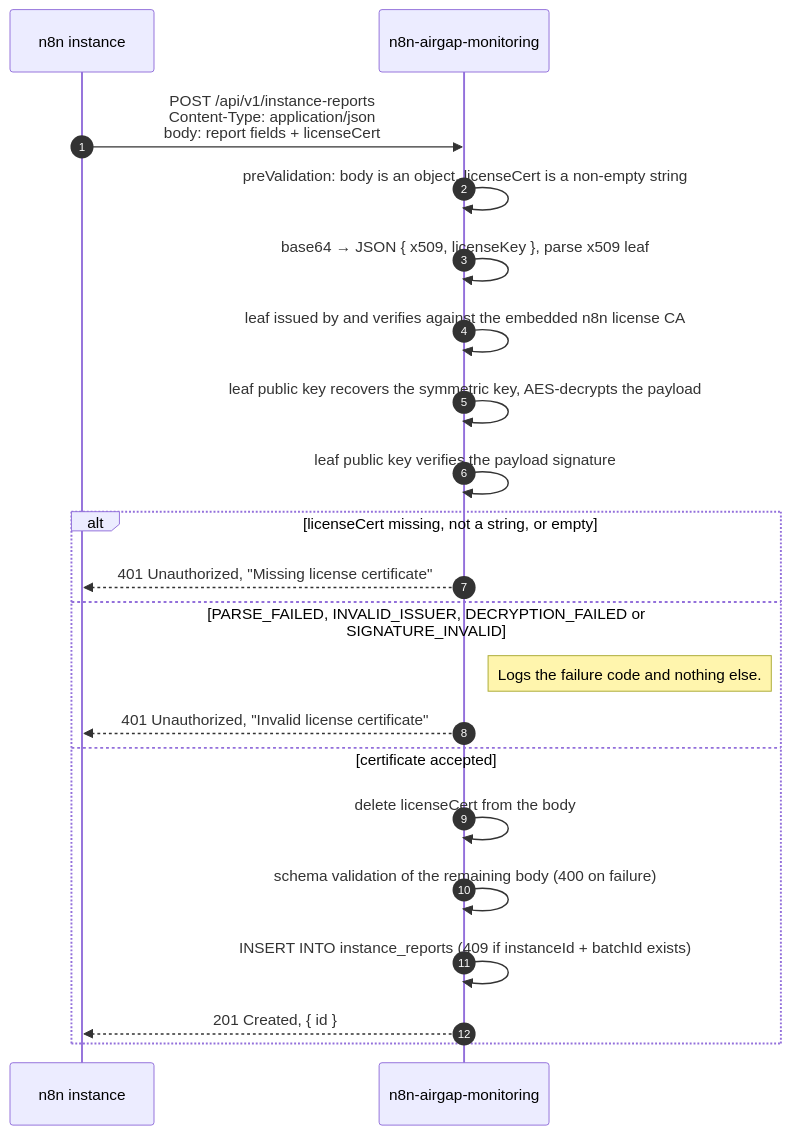
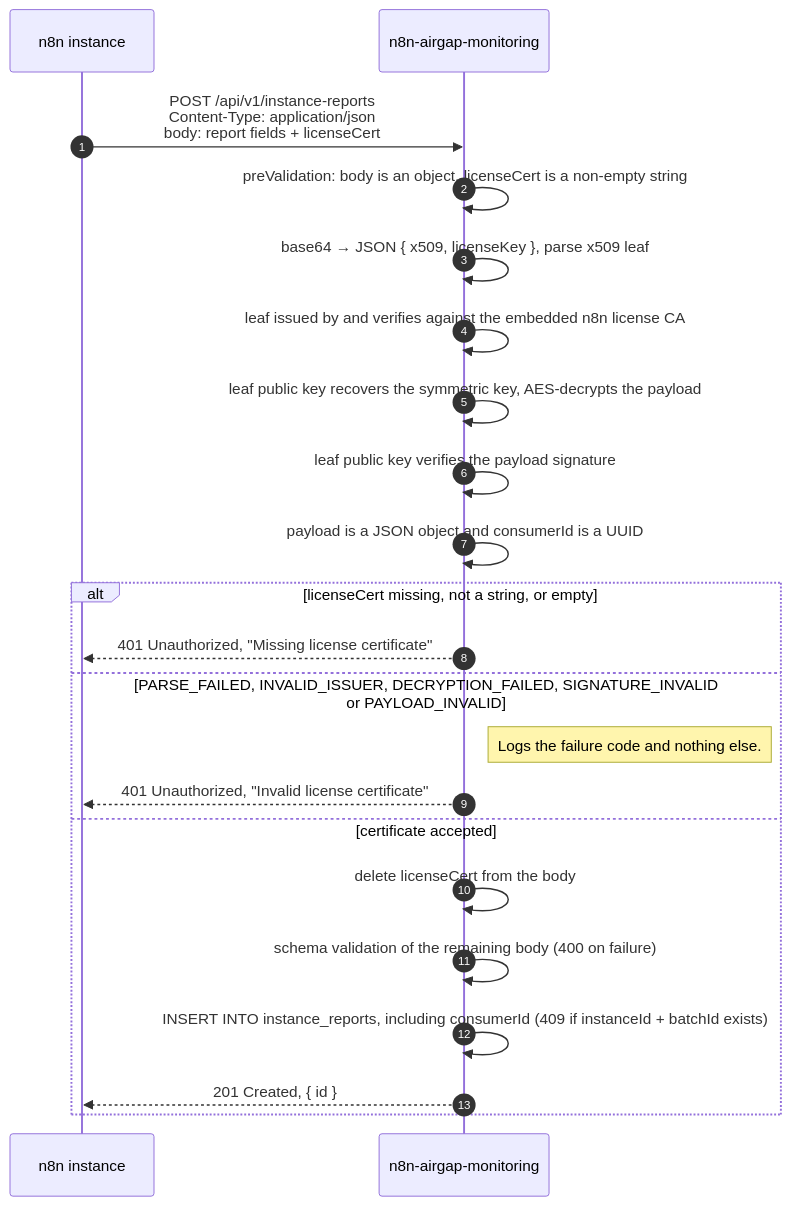
The diagram in docs/AUTHORIZATION.md (n8n-io/n8n-airgap-monitoring), drawn with Mermaid before and after one commit. The commit also changed other lines of this file and 26 other files, not shown here.

Commit message:
feat(api): Store the license consumerId on reports and in the download (#66)

````diff
--- a/docs/AUTHORIZATION.md
+++ b/docs/AUTHORIZATION.md
@@ -183,29 +190,30 @@
 ```mermaid
 ---
 config:
   sequence:
     noteAlign: left
 ---
 sequenceDiagram
     autonumber
     participant N8N as n8n instance
     participant API as n8n-airgap-monitoring
 
     N8N->>API: POST /api/v1/instance-reports<br/>Content-Type: application/json<br/>body: report fields + licenseCert
     API->>API: preValidation: body is an object, licenseCert is a non-empty string
     API->>API: base64 → JSON { x509, licenseKey }, parse x509 leaf
     API->>API: leaf issued by and verifies against the embedded n8n license CA
     API->>API: leaf public key recovers the symmetric key, AES-decrypts the payload
     API->>API: leaf public key verifies the payload signature
+    API->>API: payload is a JSON object and consumerId is a UUID
     alt licenseCert missing, not a string, or empty
         API-->>N8N: 401 Unauthorized, "Missing license certificate"
-    else PARSE_FAILED, INVALID_ISSUER, DECRYPTION_FAILED or SIGNATURE_INVALID
+    else PARSE_FAILED, INVALID_ISSUER, DECRYPTION_FAILED, SIGNATURE_INVALID or PAYLOAD_INVALID
         Note right of API: Logs the failure code and nothing else.
         API-->>N8N: 401 Unauthorized, "Invalid license certificate"
     else certificate accepted
         API->>API: delete licenseCert from the body
         API->>API: schema validation of the remaining body (400 on failure)
-        API->>API: INSERT INTO instance_reports (409 if instanceId + batchId exists)
+        API->>API: INSERT INTO instance_reports, including consumerId (409 if instanceId + batchId exists)
         API-->>N8N: 201 Created, { id }
     end
 ```
````
